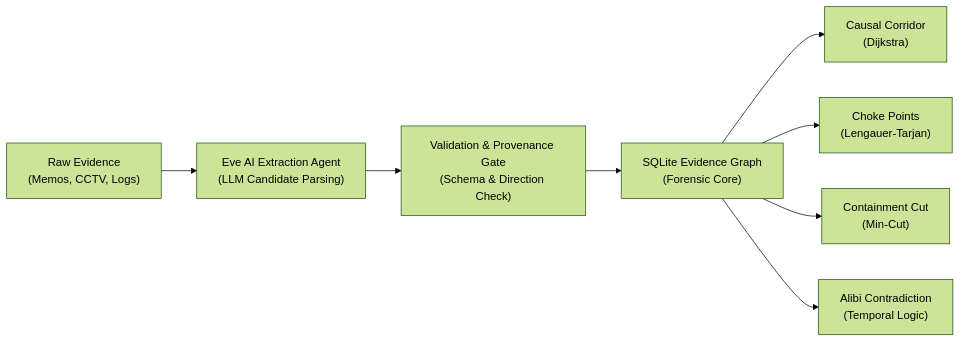
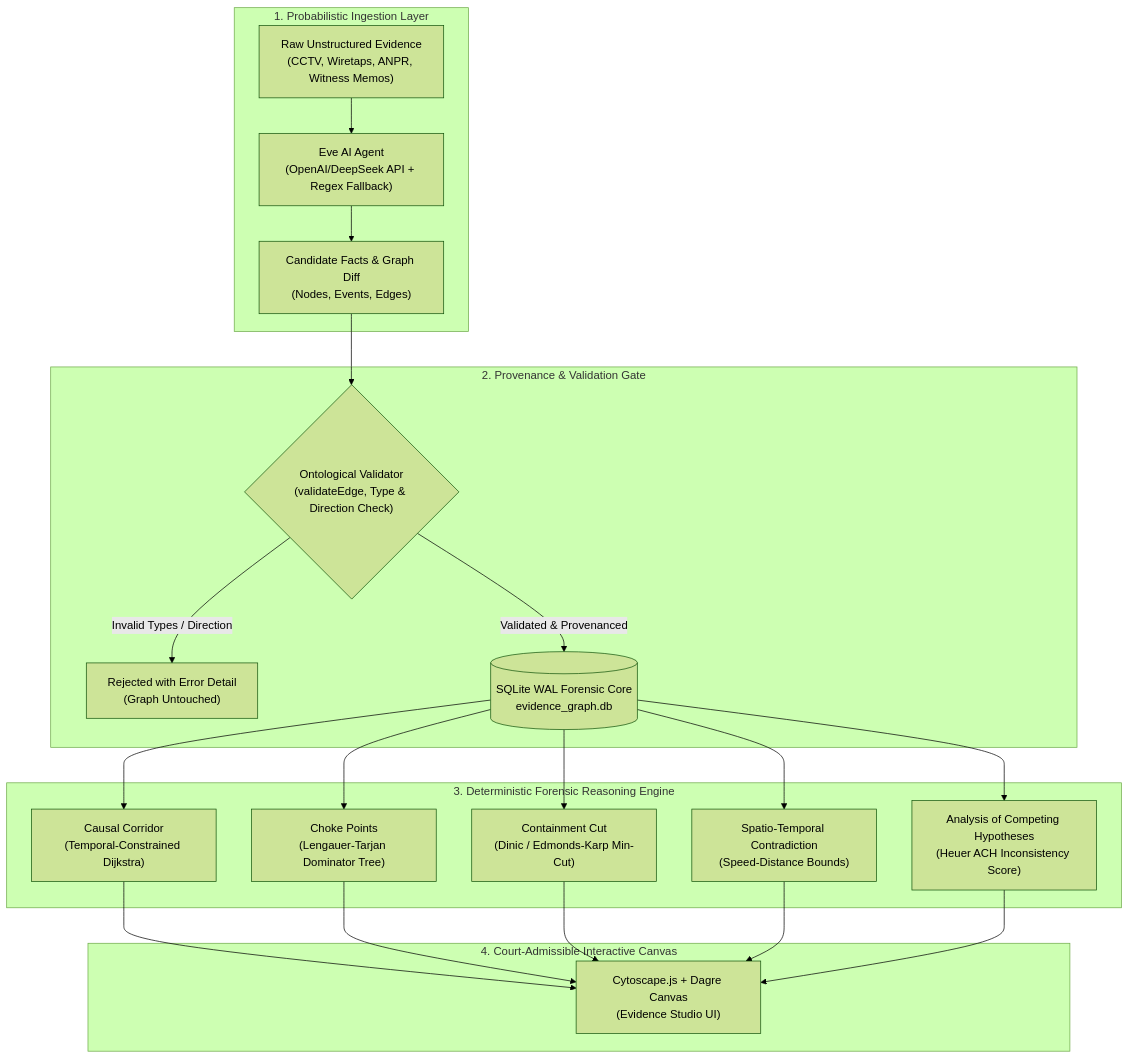
Before and after one commit to abhisheknj6410/AGA: the first of 2 diagrams in docs/SYSTEM_MANUAL.md, drawn with Mermaid (forest theme). The commit also changed other lines of this file, not shown here.

Commit message:
docs: expand system manual with complete SQL DDL, 10 mathematical algorithms, and REST API specs

````diff
--- a/docs/SYSTEM_MANUAL.md
+++ b/docs/SYSTEM_MANUAL.md
@@ -20,10 +10,25 @@
 ```mermaid
-flowchart LR
-    A["Raw Evidence\n(Memos, CCTV, Logs)"] --> B["Eve AI Extraction Agent\n(LLM Candidate Parsing)"]
-    B --> C["Validation & Provenance Gate\n(Schema & Direction Check)"]
-    C --> D["SQLite Evidence Graph\n(Forensic Core)"]
-    D --> E["Causal Corridor\n(Dijkstra)"]
-    D --> F["Choke Points\n(Lengauer-Tarjan)"]
-    D --> G["Containment Cut\n(Min-Cut)"]
-    D --> H["Alibi Contradiction\n(Temporal Logic)"]
+flowchart TD
+    subgraph Ingestion["1. Probabilistic Ingestion Layer"]
+        A["Raw Unstructured Evidence\n(CCTV, Wiretaps, ANPR, Witness Memos)"] --> B["Eve AI Agent\n(OpenAI/DeepSeek API + Regex Fallback)"]
+        B --> C["Candidate Facts & Graph Diff\n(Nodes, Events, Edges)"]
+    end
+
+    subgraph Verification["2. Provenance & Validation Gate"]
+        C --> D{"Ontological Validator\n(validateEdge, Type & Direction Check)"}
+        D -- "Invalid Types / Direction" --> E["Rejected with Error Detail\n(Graph Untouched)"]
+        D -- "Validated & Provenanced" --> F[("SQLite WAL Forensic Core\nevidence_graph.db")]
+    end
+
+    subgraph Analytics["3. Deterministic Forensic Reasoning Engine"]
+        F --> G["Causal Corridor\n(Temporal-Constrained Dijkstra)"]
+        F --> H["Choke Points\n(Lengauer-Tarjan Dominator Tree)"]
+        F --> I["Containment Cut\n(Dinic / Edmonds-Karp Min-Cut)"]
+        F --> J["Spatio-Temporal Contradiction\n(Speed-Distance Bounds)"]
+        F --> K["Analysis of Competing Hypotheses\n(Heuer ACH Inconsistency Score)"]
+    end
+
+    subgraph Presentation["4. Court-Admissible Interactive Canvas"]
+        G & H & I & J & K --> L["Cytoscape.js + Dagre Canvas\n(Evidence Studio UI)"]
+    end
 ```
````
